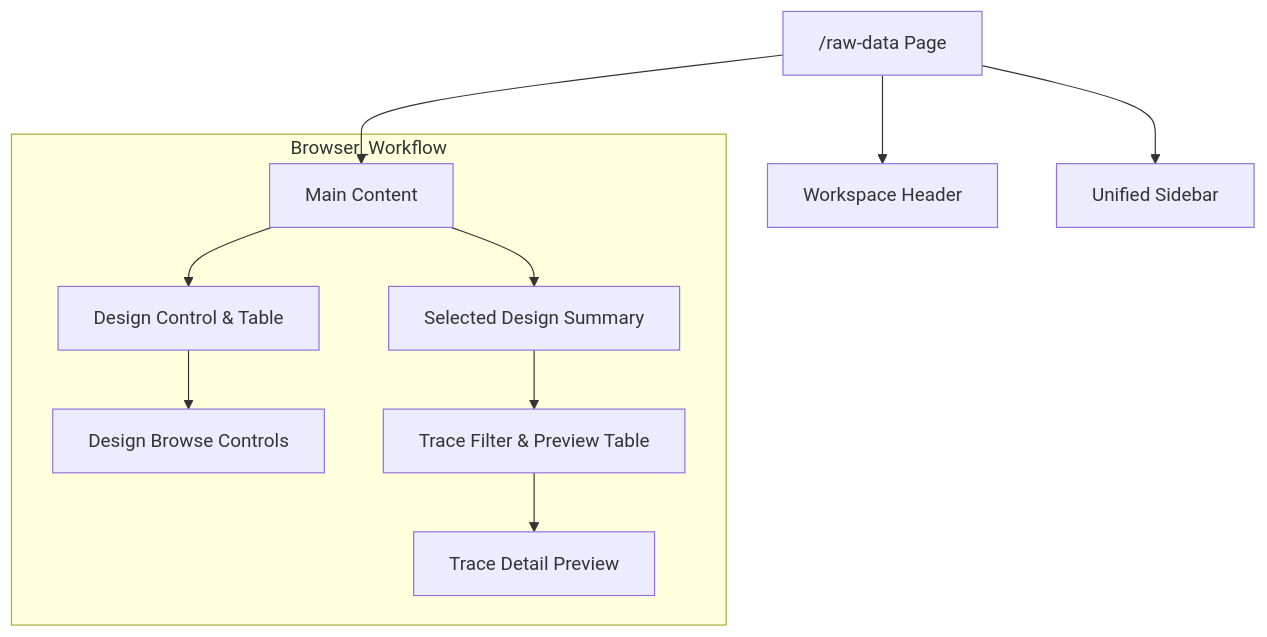
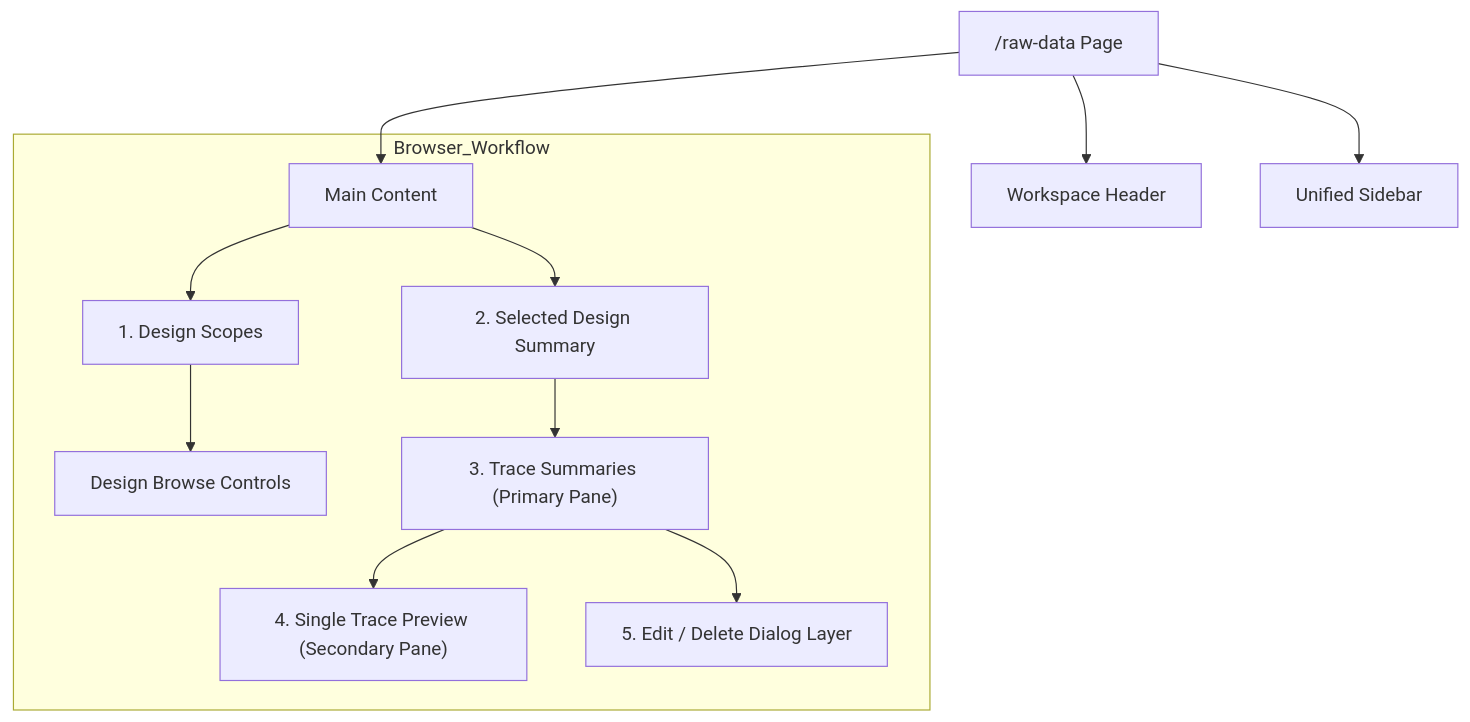
Before and after one commit to arfiligol/superconducting-circuits-research-workbench: the diagram in docs/reference/app/frontend/workspace/raw-data-browser.md, drawn with Mermaid. The commit also changed other lines of this file and 3 other files, not shown here.

````diff
--- a/docs/reference/app/frontend/workspace/raw-data-browser.md
+++ b/docs/reference/app/frontend/workspace/raw-data-browser.md
@@ -66,19 +67,20 @@
 ```mermaid
 graph TD
     Page["/raw-data Page"]
     Header[Workspace Header]
     Sidebar[Unified Sidebar]
     Main[Main Content]
-    
+
     Page --> Header
     Page --> Sidebar
     Page --> Main
-    
+
     subgraph Browser_Workflow
-        Main --> H_Design[Design Control & Table]
-        H_Design --> Pagination[Design Browse Controls]
-        Main --> H_Summary[Selected Design Summary]
-        H_Summary --> H_Trace[Trace Filter & Preview Table]
-        H_Trace --> H_Preview[Trace Detail Preview]
+        Main --> H_Design["1. Design Scopes"]
+        H_Design --> Pagination["Design Browse Controls"]
+        Main --> H_Summary["2. Selected Design Summary"]
+        H_Summary --> H_Trace["3. Trace Summaries (Primary Pane)"]
+        H_Trace --> H_Preview["4. Single Trace Preview (Secondary Pane)"]
+        H_Trace --> H_Dialog["5. Edit / Delete Dialog Layer"]
     end
 ```
````
